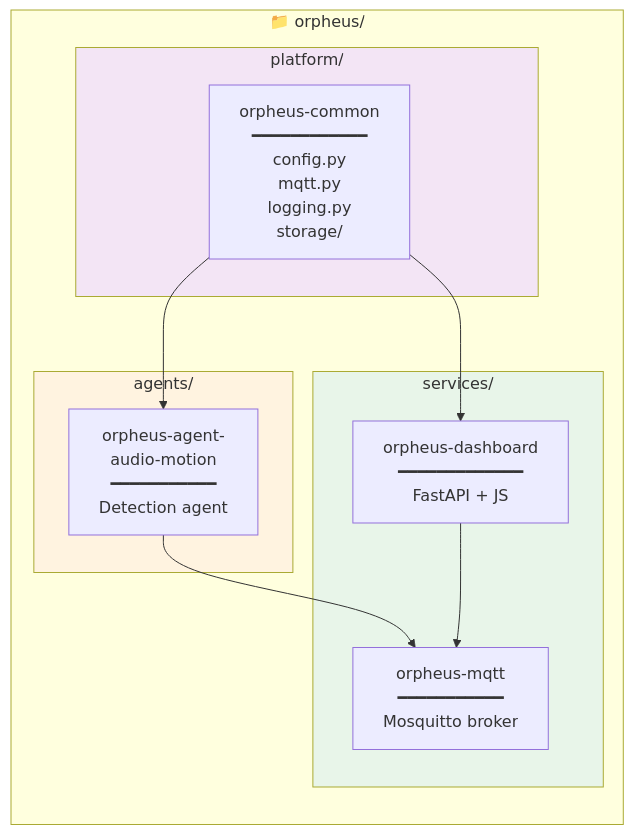
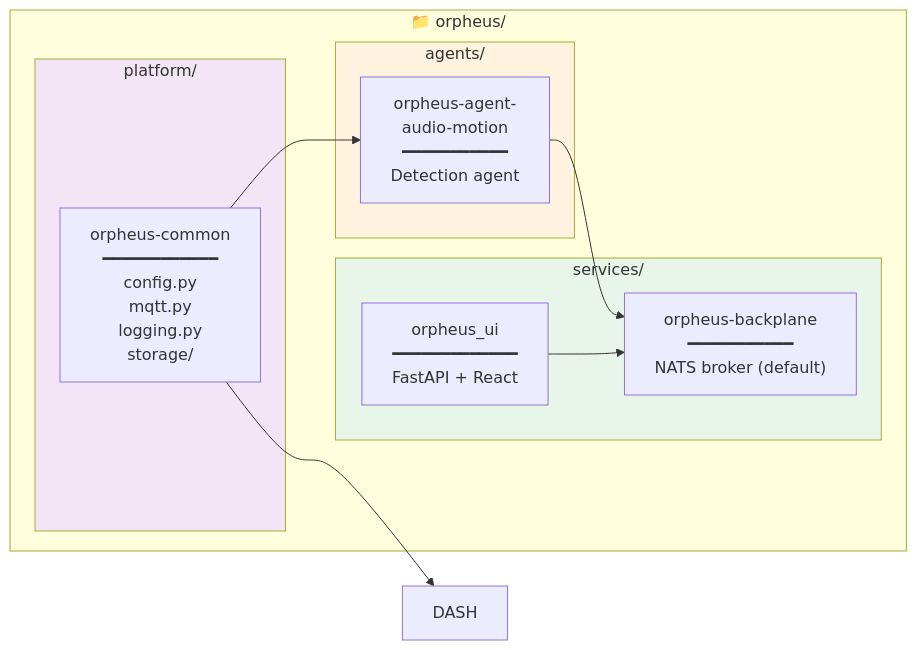
The third of 10 diagrams in docs/ARCHITECTURE.md (scottchronicity/orpheus), drawn with Mermaid before and after one commit. The commit also changed other lines of this file and 624 other files, not shown here.

````diff
--- a/docs/ARCHITECTURE.md
+++ b/docs/ARCHITECTURE.md
@@ -111,26 +120,26 @@
 ```mermaid
 graph LR
     subgraph Root["📁 orpheus/"]
         subgraph P["platform/"]
             COMMON["orpheus-common<br/>━━━━━━━━━━━━<br/>config.py<br/>mqtt.py<br/>logging.py<br/>storage/"]
         end
         
         subgraph S["services/"]
-            MQTT["orpheus-mqtt<br/>━━━━━━━━━━━<br/>Mosquitto broker"]
-            DASH["orpheus-dashboard<br/>━━━━━━━━━━━━━<br/>FastAPI + JS"]
+            BUS["orpheus-backplane<br/>━━━━━━━━━━━<br/>NATS broker (default)"]
+            UI["orpheus_ui<br/>━━━━━━━━━━━━━<br/>FastAPI + React"]
         end
         
         subgraph A["agents/"]
             AUDIO["orpheus-agent-<br/>audio-motion<br/>━━━━━━━━━━━<br/>Detection agent"]
         end
     end
 
     COMMON --> DASH
     COMMON --> AUDIO
-    AUDIO --> MQTT
-    DASH --> MQTT
+    AUDIO --> BUS
+    UI --> BUS
 
     style P fill:#f3e5f5
     style S fill:#e8f5e9
     style A fill:#fff3e0
 ```
````
